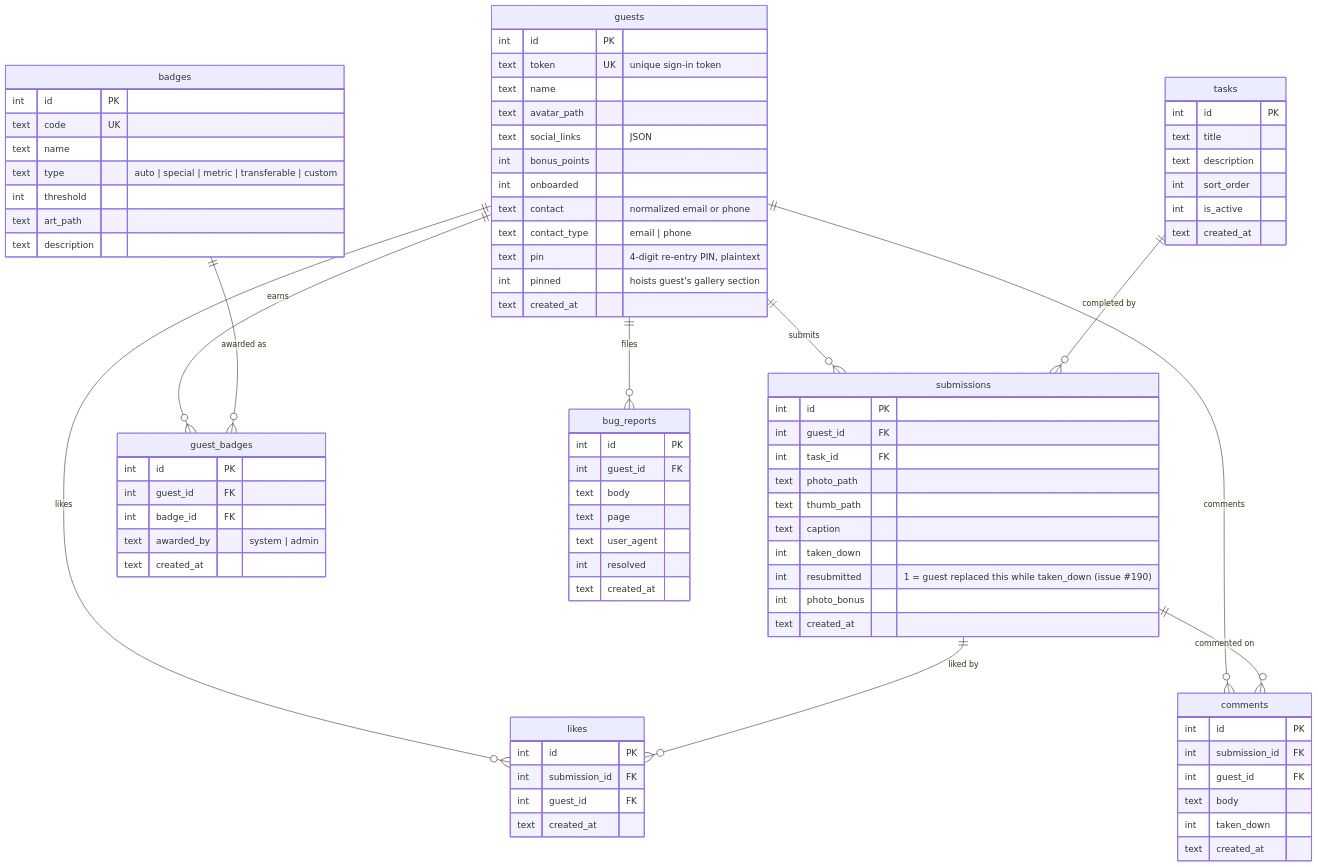
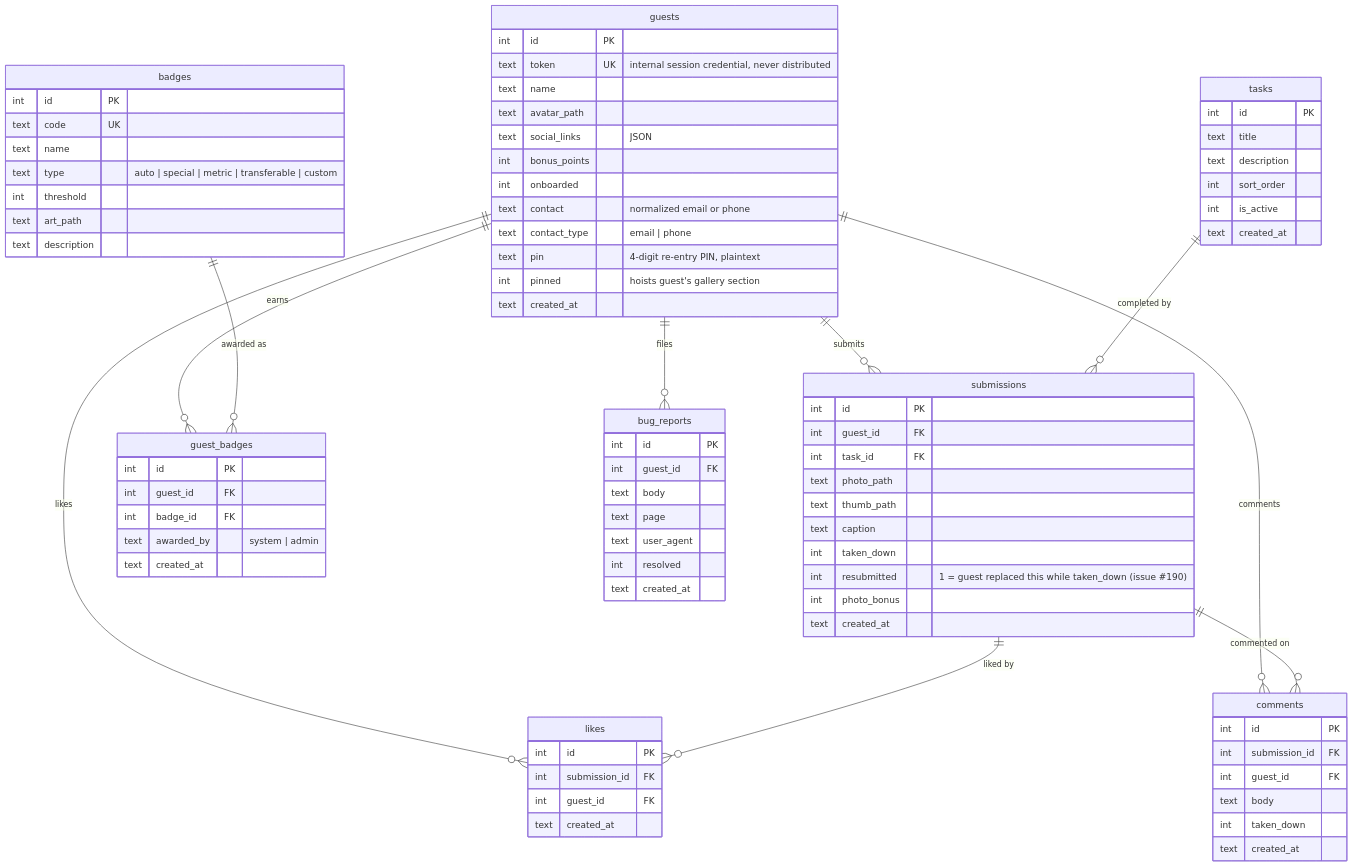
One commit to TrevorHumble/TaskMasterWedding changed the second of 2 diagrams in docs/architecture.md. Above: the diagram before and after it, drawn with Mermaid. The commit also changed other lines of this file and 76 other files, not shown here.

```diff
--- a/docs/architecture.md
+++ b/docs/architecture.md
@@ -64,7 +64,7 @@
 
     guests {
         int id PK
-        text token UK "unique sign-in token"
+        text token UK "internal session credential, never distributed"
         text name
         text avatar_path
         text social_links "JSON"
```
